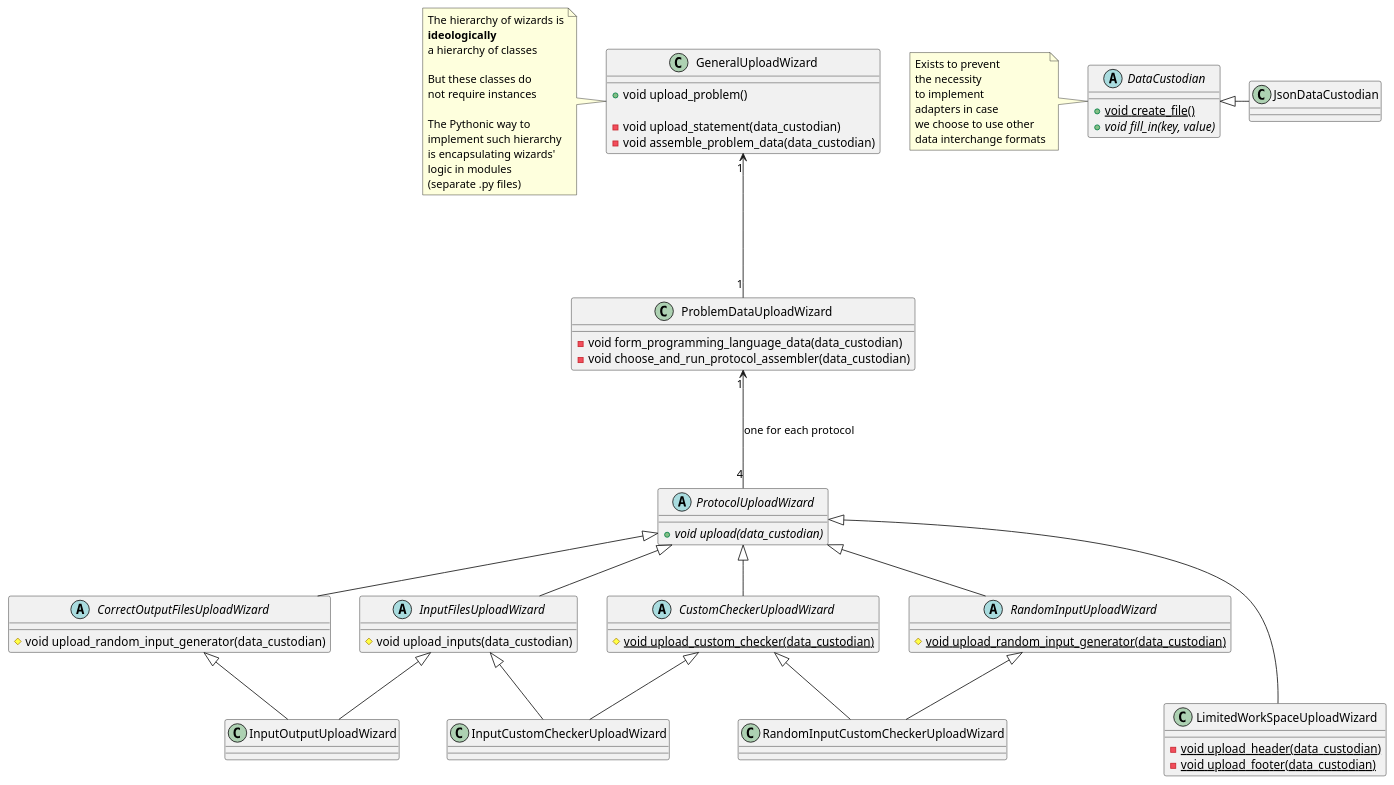
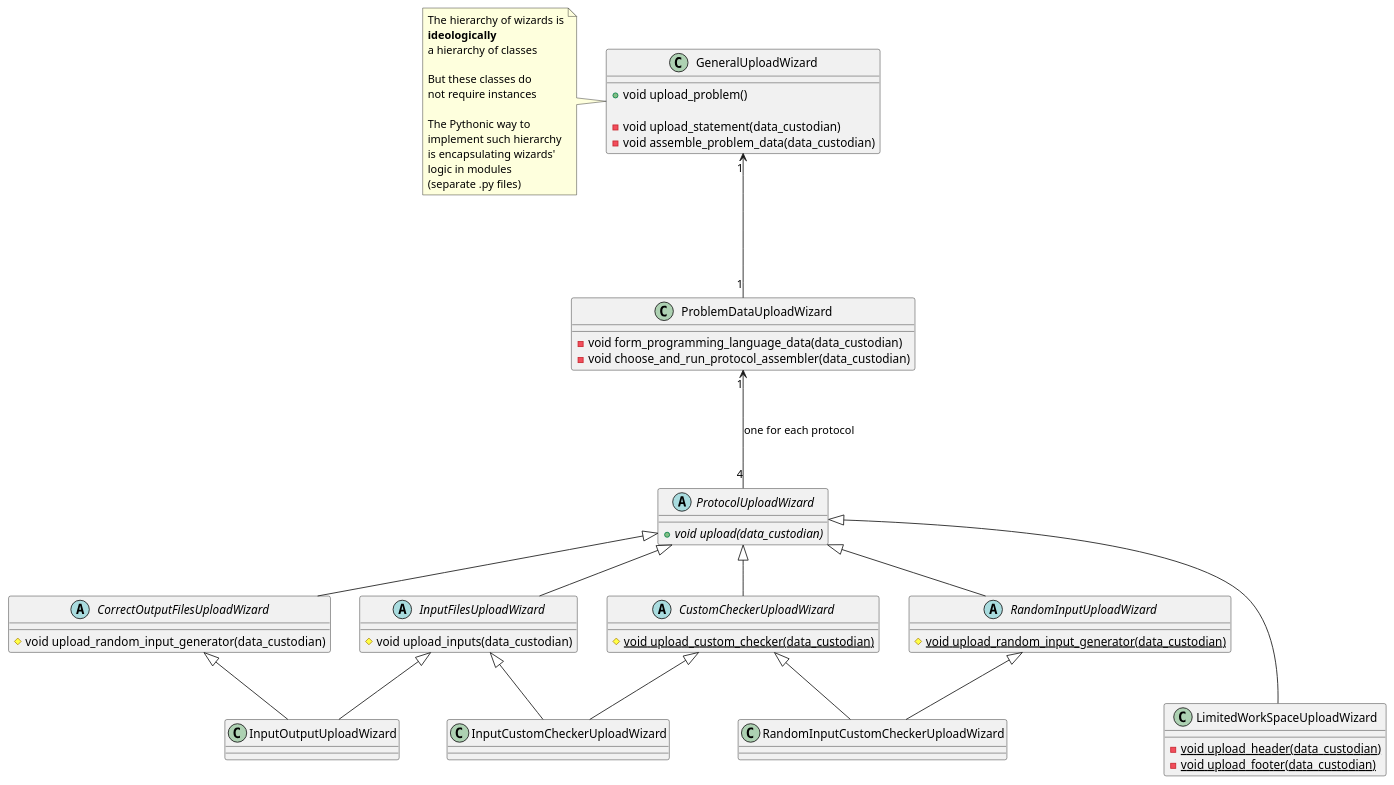
Before and after one commit to IgorZhiltsoff/TPy_project: the diagram in Interface/CmdLineIF/UploadProblemAsTeacher/CmdLineIF_UploadProblemAsTeacher.puml, drawn with PlantUML. The commit also changed 5 other files, not shown here.

```diff
--- a/Interface/CmdLineIF/UploadProblemAsTeacher/CmdLineIF_UploadProblemAsTeacher.puml
+++ b/Interface/CmdLineIF/UploadProblemAsTeacher/CmdLineIF_UploadProblemAsTeacher.puml
@@ -1,106 +1,85 @@
 @startuml
 'https://plantuml.com/class-diagram
 
 ' ========================== GENERAL =========================
 
 class GeneralUploadWizard {
     +void upload_problem()
 
     -void upload_statement(data_custodian)
     -void assemble_problem_data(data_custodian)
 }
 
 note left of GeneralUploadWizard
 The hierarchy of wizards is
 **ideologically**
 a hierarchy of classes
 
 But these classes do
 not require instances
 
 The Pythonic way to
 implement such hierarchy
 is encapsulating wizards'
 logic in modules
 (separate .py files)
 end note
 
 class ProblemDataUploadWizard {
     -void form_programming_language_data(data_custodian)
     -void choose_and_run_protocol_assembler(data_custodian)
 }
 GeneralUploadWizard "1" <--- "1" ProblemDataUploadWizard
 
 ' ========================== PROTOCOLS =========================
 
 abstract class ProtocolUploadWizard {
     +{abstract} void upload(data_custodian)
 }
 ProblemDataUploadWizard "1" <--- "4" ProtocolUploadWizard : one for each protocol
 
 ' ========================== INCOMPLETE WIZARDS =========================
 
 abstract class InputFilesUploadWizard {
     #void upload_inputs(data_custodian)
 }
 
 abstract class CorrectOutputFilesUploadWizard {
     #void upload_random_input_generator(data_custodian)
 }
 
 abstract class CustomCheckerUploadWizard {
     #{static} void upload_custom_checker(data_custodian)
 }
 
 abstract class RandomInputUploadWizard {
     #{static} void upload_random_input_generator(data_custodian)
 }
 
 ProtocolUploadWizard <|-- InputFilesUploadWizard
 ProtocolUploadWizard <|-- CorrectOutputFilesUploadWizard
 ProtocolUploadWizard <|-- CustomCheckerUploadWizard
 ProtocolUploadWizard <|-- RandomInputUploadWizard
 
 ' ========================== COMPLETE WIZARDS =========================
 
 
 class InputOutputUploadWizard
 InputFilesUploadWizard <|-- InputOutputUploadWizard
 CorrectOutputFilesUploadWizard <|-- InputOutputUploadWizard
 
 class InputCustomCheckerUploadWizard
 InputFilesUploadWizard <|-- InputCustomCheckerUploadWizard
 CustomCheckerUploadWizard <|-- InputCustomCheckerUploadWizard
 
 class RandomInputCustomCheckerUploadWizard
 RandomInputUploadWizard <|-- RandomInputCustomCheckerUploadWizard
 CustomCheckerUploadWizard <|-- RandomInputCustomCheckerUploadWizard
 
 class LimitedWorkSpaceUploadWizard {
     -{static} void upload_header(data_custodian)
     -{static} void upload_footer(data_custodian)
 }
 ProtocolUploadWizard <|--- LimitedWorkSpaceUploadWizard
 
-' ========================== CUSTODIAN =========================
-
-
-abstract class DataCustodian {
-    +{static} void create_file()
-    +{abstract} void fill_in(key, value)
-}
-note left of DataCustodian
-Exists to prevent
-the necessity
-to implement
-adapters in case
-we choose to use other
-data interchange formats
-end note
-
-
-class JsonDataCustodian
-
-DataCustodian <|- JsonDataCustodian
-
 @enduml
```
